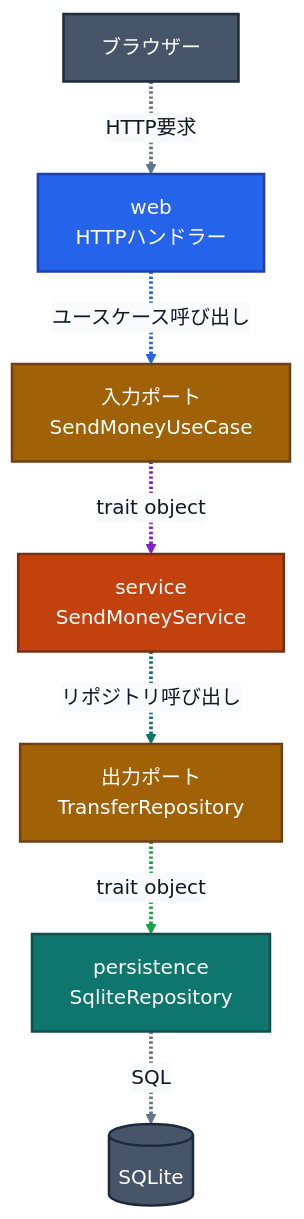
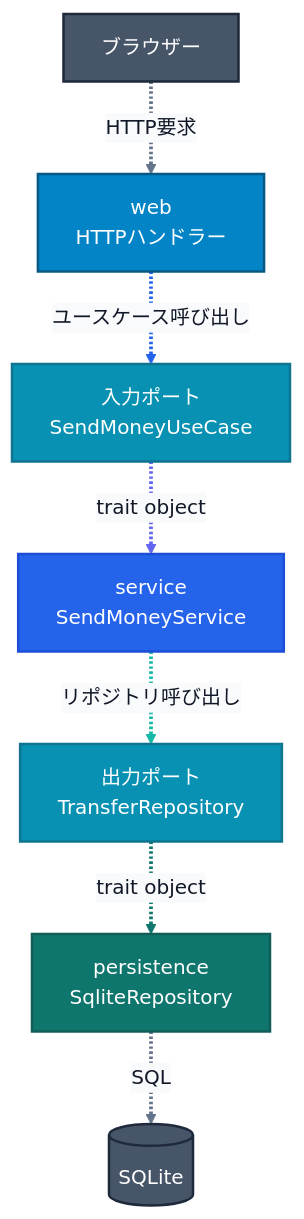
Before and after one commit to gonzily1269/buckpal-rust: the second of 2 diagrams in docs/ARCHITECTURE.md, drawn with Mermaid. The commit also changed other lines of this file, not shown here.

Commit message:
refactor: アーキテクチャ図のスタイルと表現を改善

````diff
--- a/docs/ARCHITECTURE.md
+++ b/docs/ARCHITECTURE.md
@@ -55,35 +54,34 @@
 ```mermaid
 %%{init: {"theme": "base", "themeVariables": {"background": "#f8fafc", "mainBkg": "#f8fafc", "primaryColor": "#f8fafc", "primaryTextColor": "#111827", "primaryBorderColor": "#334155", "lineColor": "#94a3b8", "textColor": "#111827", "edgeLabelBackground": "#f8fafc", "fontFamily": "sans-serif"}}}%%
 flowchart TB
     browser["ブラウザー"]
     webHandler["web<br/>HTTPハンドラー"]
     inputPort["入力ポート<br/>SendMoneyUseCase"]
     usecase["service<br/>SendMoneyService"]
     outputPort["出力ポート<br/>TransferRepository"]
     sqliteRepo["persistence<br/>SqliteRepository"]
     database[("SQLite")]
 
     browser -.->|"HTTP要求"| webHandler
     webHandler -.->|"ユースケース呼び出し"| inputPort
     inputPort -.->|"trait object"| usecase
     usecase -.->|"リポジトリ呼び出し"| outputPort
     outputPort -.->|"trait object"| sqliteRepo
     sqliteRepo -.->|"SQL"| database
 
     classDef external fill:#475569,stroke:#1e293b,stroke-width:2px,color:#ffffff
-    classDef inputAdapter fill:#2563eb,stroke:#1e40af,stroke-width:2px,color:#ffffff
-    classDef outputAdapter fill:#0f766e,stroke:#134e4a,stroke-width:2px,color:#ffffff
-    classDef applicationService fill:#c2410c,stroke:#7c2d12,stroke-width:2px,color:#ffffff
-    classDef port fill:#a16207,stroke:#713f12,stroke-width:2px,color:#ffffff
+    classDef inputAdapter fill:#0284c7,stroke:#075985,stroke-width:2px,color:#ffffff
+    classDef outputAdapter fill:#0f766e,stroke:#115e59,stroke-width:2px,color:#ffffff
+    classDef applicationService fill:#2563eb,stroke:#1d4ed8,stroke-width:2px,color:#ffffff
+    classDef port fill:#0891b2,stroke:#0e7490,stroke-width:2px,color:#ffffff
     class browser,database external
     class webHandler inputAdapter
     class sqliteRepo outputAdapter
     class usecase applicationService
     class inputPort,outputPort port
-    linkStyle 0 stroke:#64748b,stroke-width:3px
+    linkStyle 0,5 stroke:#64748b,stroke-width:3px
     linkStyle 1 stroke:#2563eb,stroke-width:3px
-    linkStyle 2 stroke:#7e22ce,stroke-width:3px
-    linkStyle 3 stroke:#0f766e,stroke-width:3px
-    linkStyle 4 stroke:#16a34a,stroke-width:3px
-    linkStyle 5 stroke:#64748b,stroke-width:3px
+    linkStyle 2 stroke:#6366f1,stroke-width:3px
+    linkStyle 3 stroke:#14b8a6,stroke-width:3px
+    linkStyle 4 stroke:#0f766e,stroke-width:3px
 ```
````
